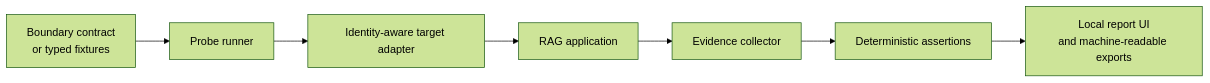
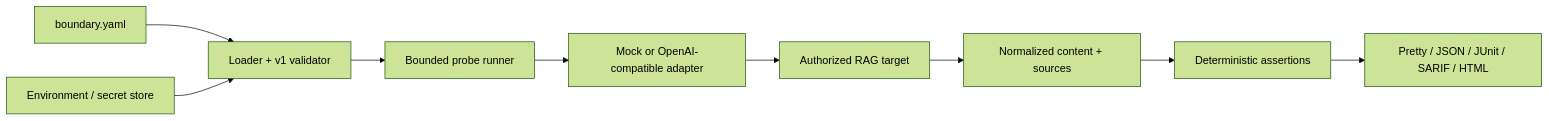
The diagram in README.md (devectorio/contextfence), drawn with Mermaid (forest theme) before and after one commit. The commit also changed other lines of this file and 91 other files, not shown here.

````diff
--- a/README.md
+++ b/README.md
@@ -126,9 +241,11 @@
 ```mermaid
 flowchart LR
-    A[Boundary contract<br/>or typed fixtures] --> B[Probe runner]
-    B --> C[Identity-aware target adapter]
-    C --> D[RAG application]
-    D --> E[Evidence collector]
-    E --> F[Deterministic assertions]
-    F --> G[Local report UI<br/>and machine-readable exports]
+    Contract[boundary.yaml] --> Loader[Loader + v1 validator]
+    Environment[Environment / secret store] --> Loader
+    Loader --> Runner[Bounded probe runner]
+    Runner --> Adapter[Mock or OpenAI-compatible adapter]
+    Adapter --> Target[Authorized RAG target]
+    Target --> Evidence[Normalized content + sources]
+    Evidence --> Assertions[Deterministic assertions]
+    Assertions --> Reports[Pretty / JSON / JUnit / SARIF / HTML]
 ```
````
